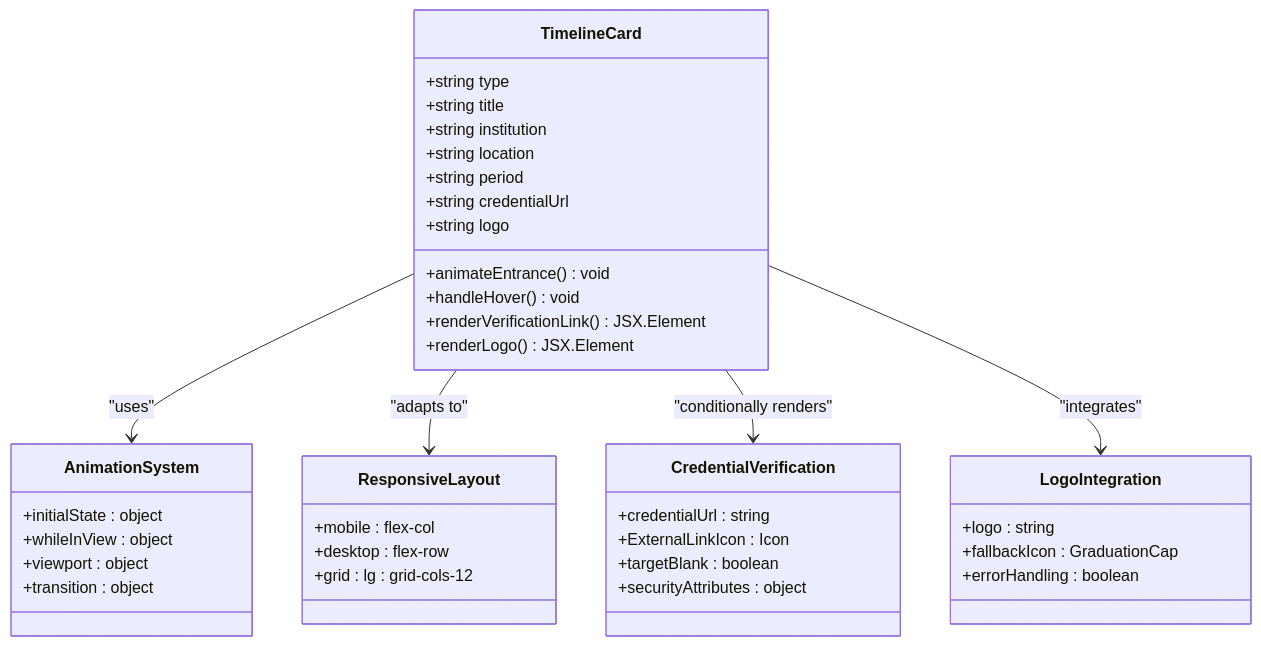
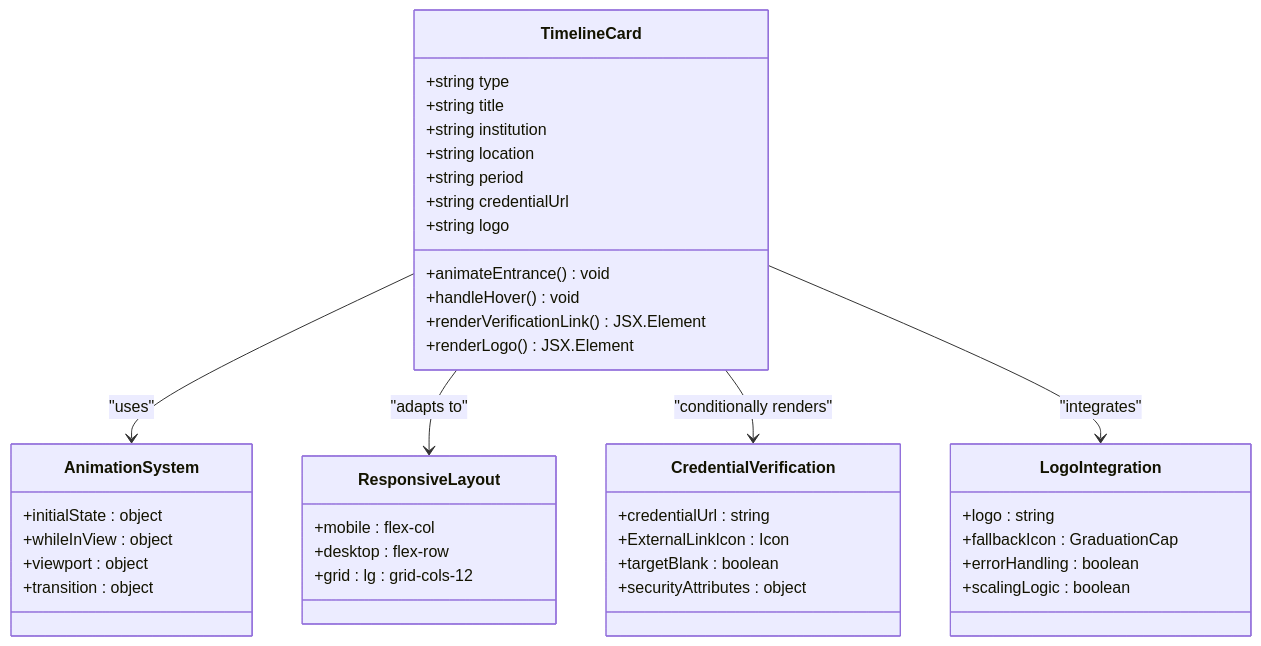
The fifth of 11 diagrams in .qoder/repowiki/en/content/Component Library & UI Elements/EducationSection Component.md (subash7781/Portfolio), drawn with Mermaid before and after one commit. The commit also changed other lines of this file and 3 other files, not shown here.

````diff
--- a/.qoder/repowiki/en/content/Component Library & UI Elements/EducationSection Component.md
+++ b/.qoder/repowiki/en/content/Component Library & UI Elements/EducationSection Component.md
@@ -209,42 +210,43 @@
 ```mermaid
 classDiagram
 class TimelineCard {
 +string type
 +string title
 +string institution
 +string location
 +string period
 +string credentialUrl
 +string logo
 +animateEntrance() void
 +handleHover() void
 +renderVerificationLink() JSX.Element
 +renderLogo() JSX.Element
 }
 class AnimationSystem {
 +initialState : object
 +whileInView : object
 +viewport : object
 +transition : object
 }
 class ResponsiveLayout {
 +mobile : flex-col
 +desktop : flex-row
 +grid : lg : grid-cols-12
 }
 class CredentialVerification {
 +credentialUrl : string
 +ExternalLinkIcon : Icon
 +targetBlank : boolean
 +securityAttributes : object
 }
 class LogoIntegration {
 +logo : string
 +fallbackIcon : GraduationCap
 +errorHandling : boolean
++scalingLogic : boolean
 }
 TimelineCard --> AnimationSystem : "uses"
 TimelineCard --> ResponsiveLayout : "adapts to"
 TimelineCard --> CredentialVerification : "conditionally renders"
 TimelineCard --> LogoIntegration : "integrates"
 ```
````
